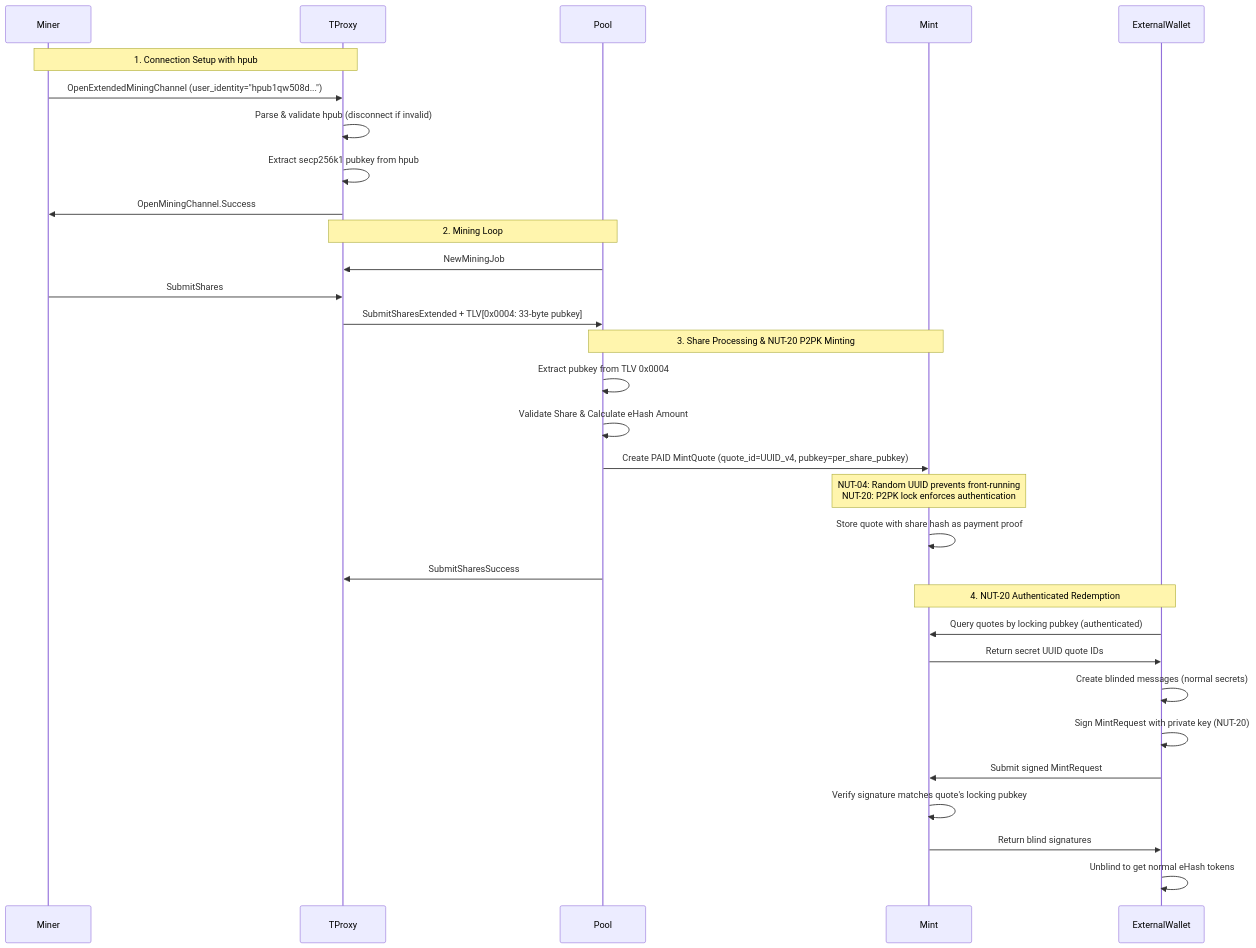
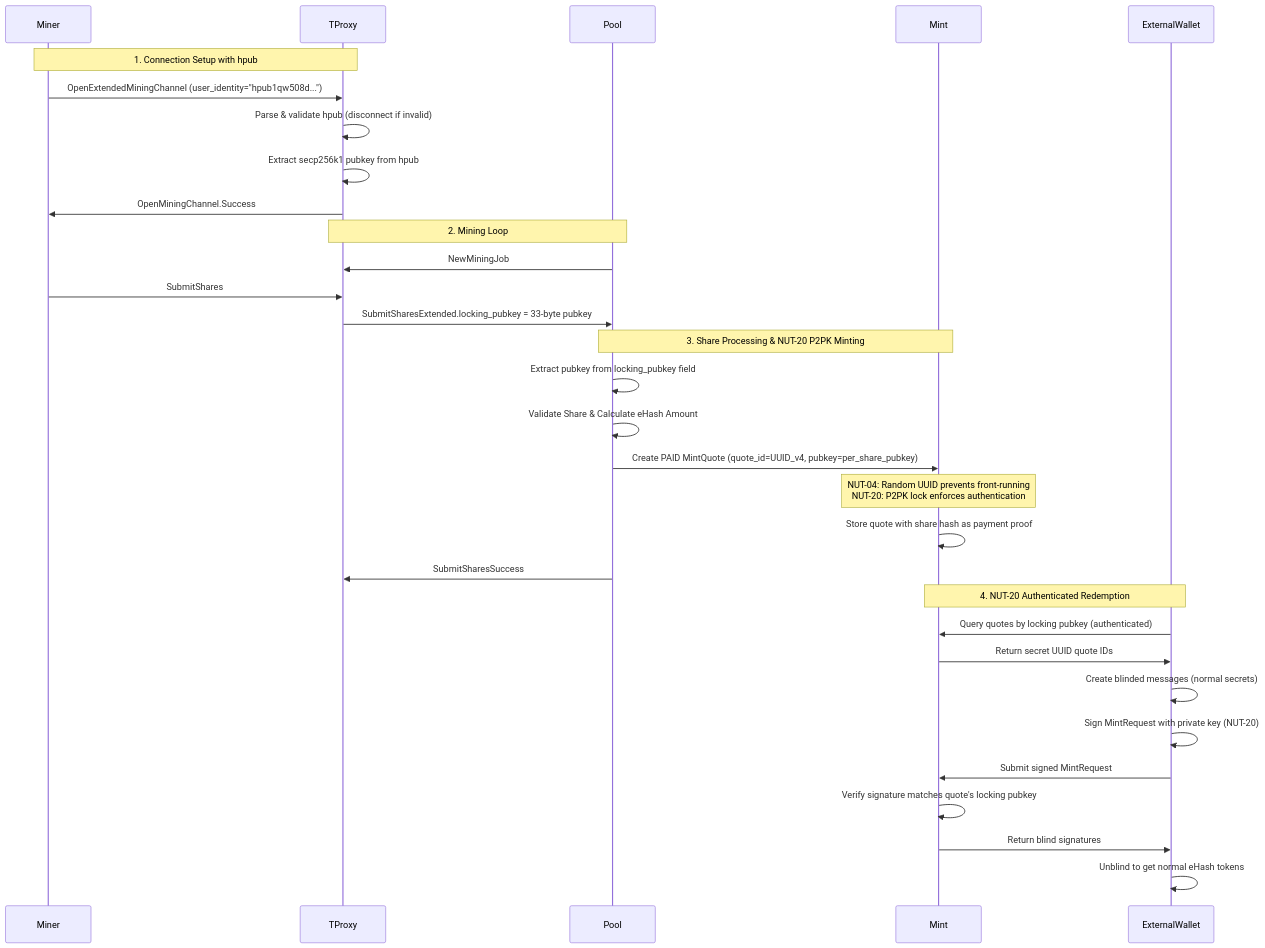
One commit to average-gary/stratum changed the first of 4 diagrams in .kiro/specs/hashpool-ehash-mint/design.md. Above: the diagram before and after it, drawn with Mermaid. The commit also changed other lines of this file and 14 other files, not shown here.

First line of the commit message:
feat(ehash): Enhance SubmitSharesExtended with direct locking_pubkey field

````diff
--- a/.kiro/specs/hashpool-ehash-mint/design.md
+++ b/.kiro/specs/hashpool-ehash-mint/design.md
@@ -46,37 +46,37 @@
 ```mermaid
 sequenceDiagram
     participant Miner
     participant TProxy
     participant Pool
     participant Mint
     participant ExternalWallet
 
     Note over Miner, TProxy: 1. Connection Setup with hpub
     Miner->>TProxy: OpenExtendedMiningChannel (user_identity="hpub1qw508d...")
     TProxy->>TProxy: Parse & validate hpub (disconnect if invalid)
     TProxy->>TProxy: Extract secp256k1 pubkey from hpub
     TProxy->>Miner: OpenMiningChannel.Success
 
     Note over TProxy, Pool: 2. Mining Loop
     Pool->>TProxy: NewMiningJob
     Miner->>TProxy: SubmitShares
-    TProxy->>Pool: SubmitSharesExtended + TLV[0x0004: 33-byte pubkey]
+    TProxy->>Pool: SubmitSharesExtended.locking_pubkey = 33-byte pubkey
 
     Note over Pool, Mint: 3. Share Processing & NUT-20 P2PK Minting
-    Pool->>Pool: Extract pubkey from TLV 0x0004
+    Pool->>Pool: Extract pubkey from locking_pubkey field
     Pool->>Pool: Validate Share & Calculate eHash Amount
     Pool->>Mint: Create PAID MintQuote (quote_id=UUID_v4, pubkey=per_share_pubkey)
     Note over Mint: NUT-04: Random UUID prevents front-running<br/>NUT-20: P2PK lock enforces authentication
     Mint->>Mint: Store quote with share hash as payment proof
     Pool->>TProxy: SubmitSharesSuccess
 
     Note over ExternalWallet, Mint: 4. NUT-20 Authenticated Redemption
     ExternalWallet->>Mint: Query quotes by locking pubkey (authenticated)
     Mint->>ExternalWallet: Return secret UUID quote IDs
     ExternalWallet->>ExternalWallet: Create blinded messages (normal secrets)
     ExternalWallet->>ExternalWallet: Sign MintRequest with private key (NUT-20)
     ExternalWallet->>Mint: Submit signed MintRequest
     Mint->>Mint: Verify signature matches quote's locking pubkey
     Mint->>ExternalWallet: Return blind signatures
     ExternalWallet->>ExternalWallet: Unblind to get normal eHash tokens
 ```
````
